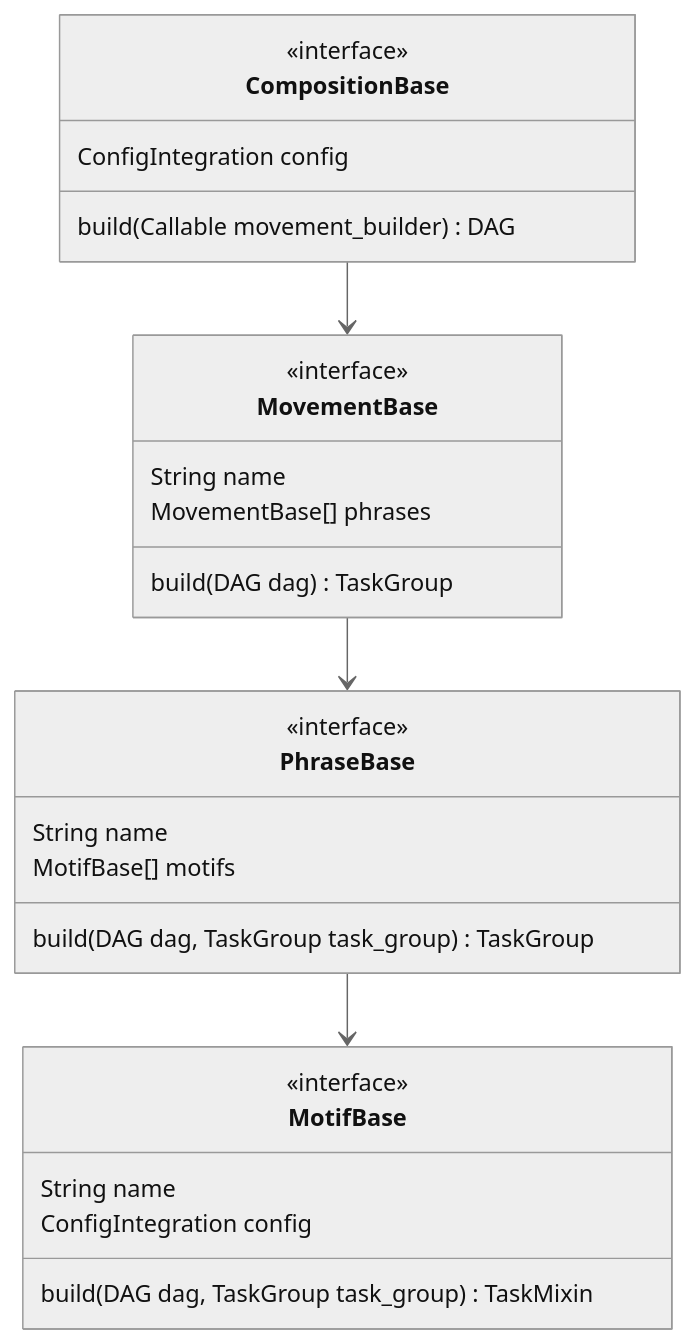
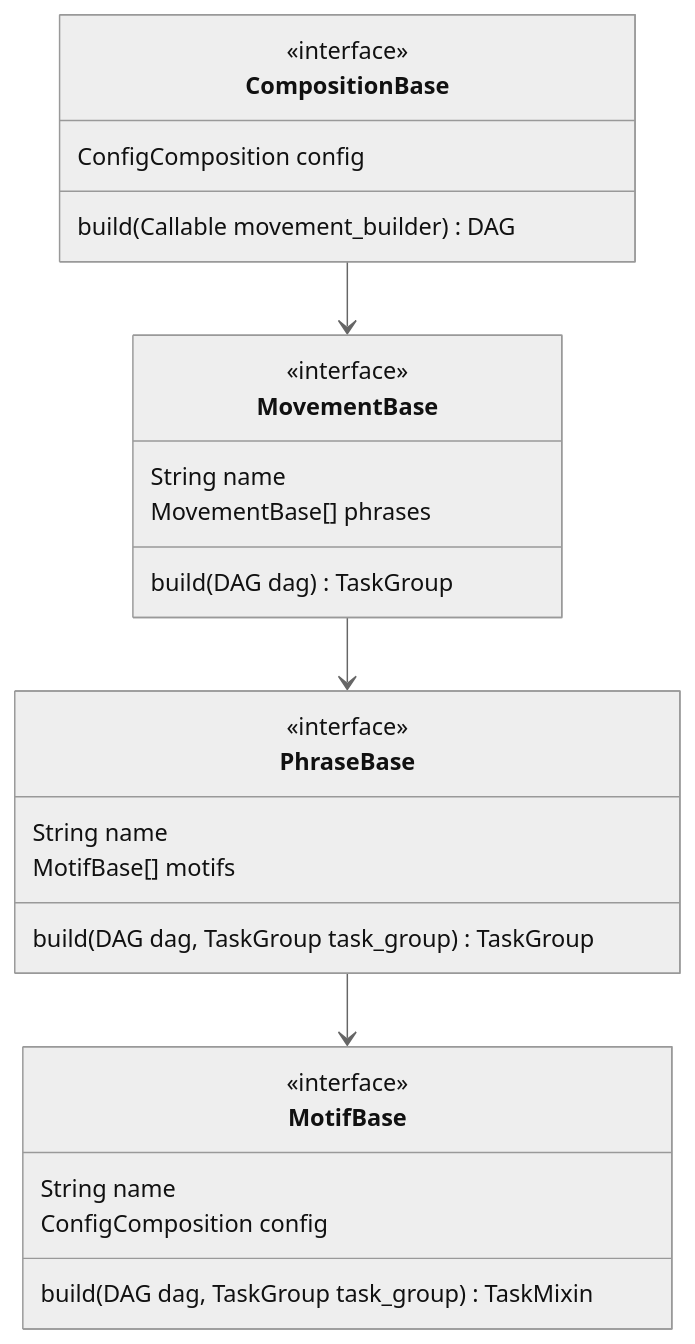
Before and after one commit to debussy-labs/debussy_concert: the diagram in README.md, drawn with Mermaid (neutral theme). The commit also changed 15 other files, not shown here.

Commit message:
rename - integration to composition / ExportMySqlTableToGcsMotif to ExportFullMySqlTableToGcsMotif

````diff
--- a/README.md
+++ b/README.md
@@ -6,33 +6,33 @@
 ```mermaid
 classDiagram
 class CompositionBase {
     <<interface>>
-    ConfigIntegration config
+    ConfigComposition config
     build(Callable movement_builder) DAG
 }
 
 class MovementBase {
     <<interface>>
     String name
     MovementBase[] phrases
     build(DAG dag) TaskGroup
 }
 
 class PhraseBase{
     <<interface>>
     String name
     MotifBase[] motifs
     build(DAG dag, TaskGroup task_group) TaskGroup
 }
 
 class MotifBase {
     <<interface>>
     String name
-    ConfigIntegration config
+    ConfigComposition config
     build(DAG dag, TaskGroup task_group) TaskMixin
 }
 
 CompositionBase --> MovementBase
 MovementBase --> PhraseBase
 PhraseBase --> MotifBase
 ```
````
